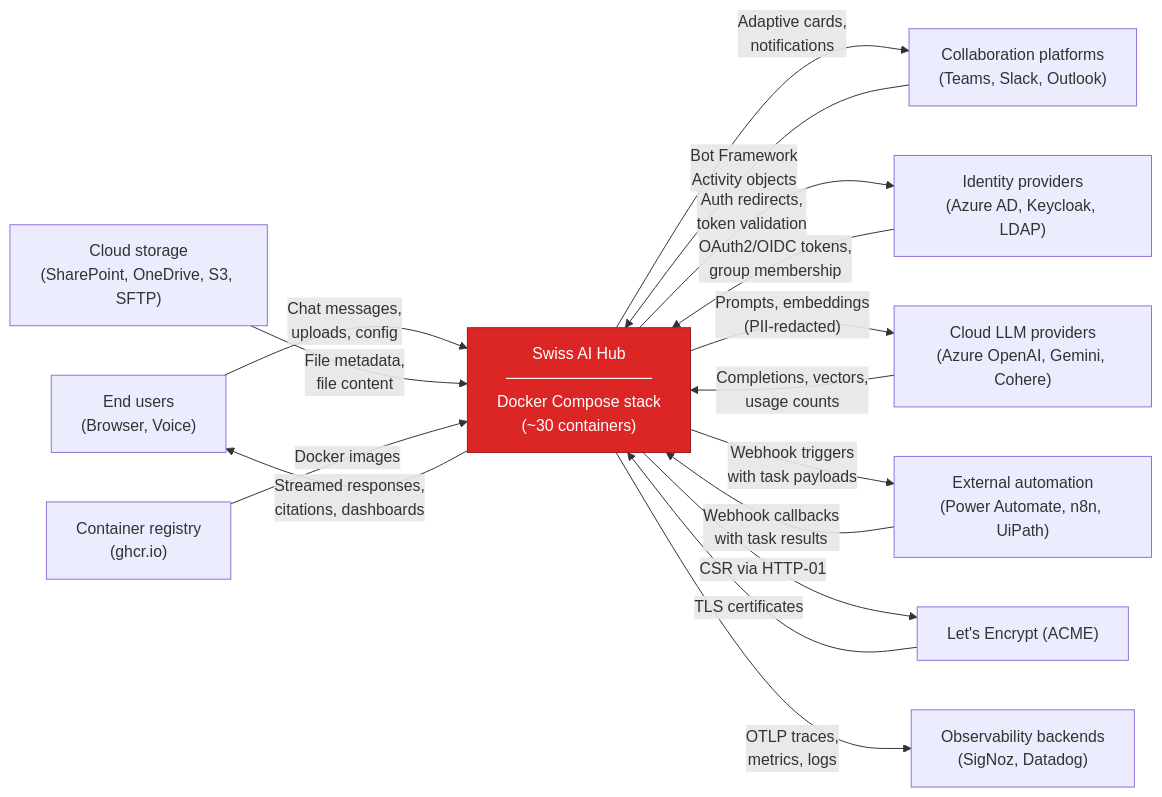
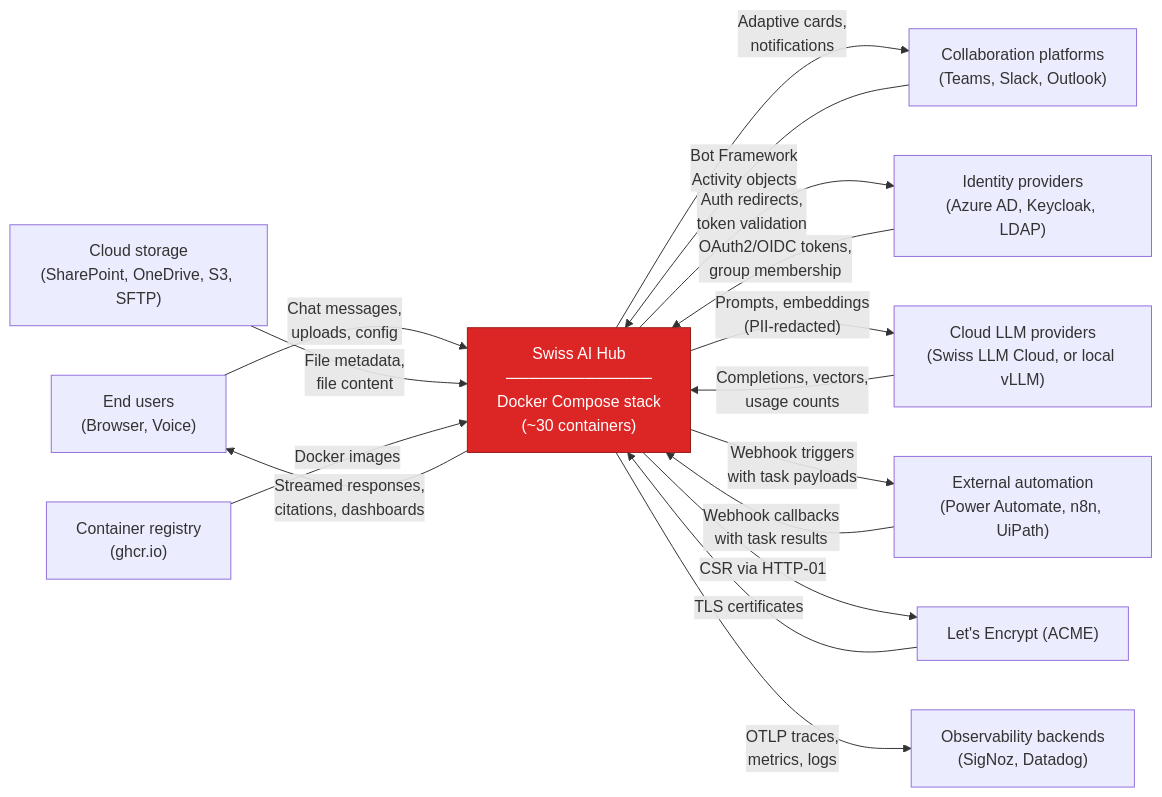
The diagram in aihub_doc/arc42/chapters/03_context_and_scope.md (bbvch-ai/aihub-core), drawn with Mermaid before and after one commit. The commit also changed other lines of this file and 31 other files, not shown here.

First line of the commit message:
feat(aihub): Replace Azure OpenAI with Swiss LLM Cloud, revamp dual-mode inference setup

````diff
--- a/aihub_doc/arc42/chapters/03_context_and_scope.md
+++ b/aihub_doc/arc42/chapters/03_context_and_scope.md
@@ -9,40 +9,40 @@
 ```mermaid
 graph LR
     Users["End users<br/>(Browser, Voice)"]
     Collab["Collaboration platforms<br/>(Teams, Slack, Outlook)"]
     IdP["Identity providers<br/>(Azure AD, Keycloak, LDAP)"]
-    LLM["Cloud LLM providers<br/>(Azure OpenAI, Gemini, Cohere)"]
+    LLM["Cloud LLM providers<br/>(Swiss LLM Cloud, or local vLLM)"]
     Storage["Cloud storage<br/>(SharePoint, OneDrive, S3, SFTP)"]
     Automation["External automation<br/>(Power Automate, n8n, UiPath)"]
     LE["Let's Encrypt (ACME)"]
     Registry["Container registry<br/>(ghcr.io)"]
     Observability["Observability backends<br/>(SigNoz, Datadog)"]
 
     Platform["Swiss AI Hub<br/>─────────────<br/>Docker Compose stack<br/>(~30 containers)"]
 
     Users -- "Chat messages,<br/>uploads, config" --> Platform
     Platform -- "Streamed responses,<br/>citations, dashboards" --> Users
 
     Collab -- "Bot Framework<br/>Activity objects" --> Platform
     Platform -- "Adaptive cards,<br/>notifications" --> Collab
 
     IdP -- "OAuth2/OIDC tokens,<br/>group membership" --> Platform
     Platform -- "Auth redirects,<br/>token validation" --> IdP
 
     Platform -- "Prompts, embeddings<br/>(PII-redacted)" --> LLM
     LLM -- "Completions, vectors,<br/>usage counts" --> Platform
 
     Storage -- "File metadata,<br/>file content" --> Platform
 
     Automation -- "Webhook callbacks<br/>with task results" --> Platform
     Platform -- "Webhook triggers<br/>with task payloads" --> Automation
 
     LE -- "TLS certificates" --> Platform
     Platform -- "CSR via HTTP-01" --> LE
 
     Registry -- "Docker images" --> Platform
 
     Platform -- "OTLP traces,<br/>metrics, logs" --> Observability
 
     style Platform fill:#dc2626,stroke:#991b1b,color:#fff
 ```
````
